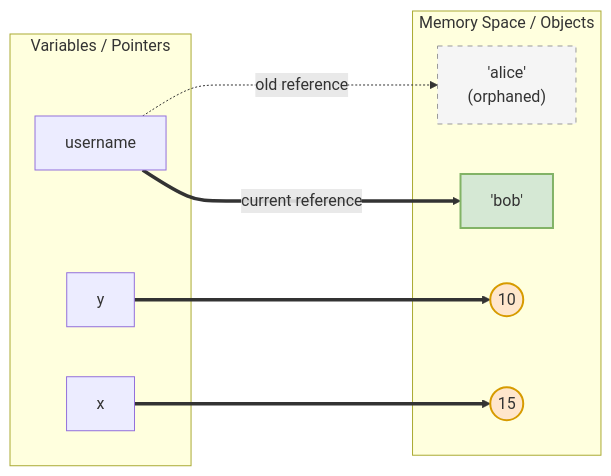
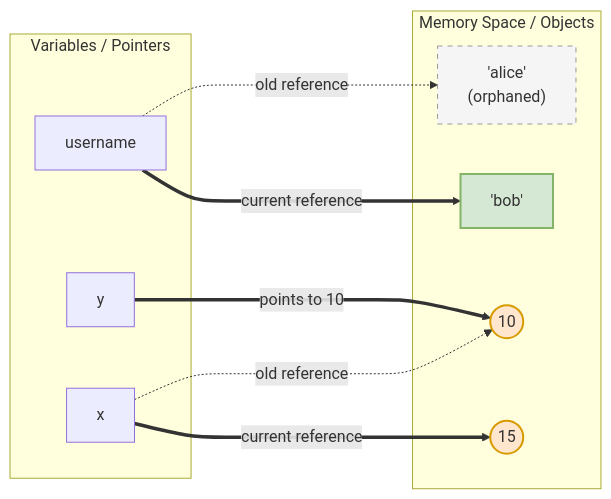
Before and after one commit to hi-kuldeep/python: the first of 4 diagrams in 01_basics/memory_reference.md, drawn with Mermaid.

Commit message:
docs: update memory reference diagram to show variable reassignment logic

````diff
--- a/01_basics/memory_reference.md
+++ b/01_basics/memory_reference.md
@@ -20,26 +20,27 @@
 ```mermaid
 graph LR
     subgraph References [Variables / Pointers]
         username[username]
         x[x]
         y[y]
     end
 
     subgraph Heap [Memory Space / Objects]
         str1["'alice'<br/>(orphaned)"]
         str2["'bob'"]
         val10((10))
         val15((15))
     end
 
     username -.->|old reference| str1
     username ===>|current reference| str2
     
-    x ===> val15
-    y ===> val10
+    x -.->|old reference| val10
+    x ===>|current reference| val15
+    y ===>|points to 10| val10
 
     style str1 stroke-dasharray: 5 5,fill:#f5f5f5,stroke:#999
     style str2 fill:#d5e8d4,stroke:#82b366,stroke-width:2px
     style val10 fill:#ffe6cc,stroke:#d79b00,stroke-width:2px
     style val15 fill:#ffe6cc,stroke:#d79b00,stroke-width:2px
 ```
````
